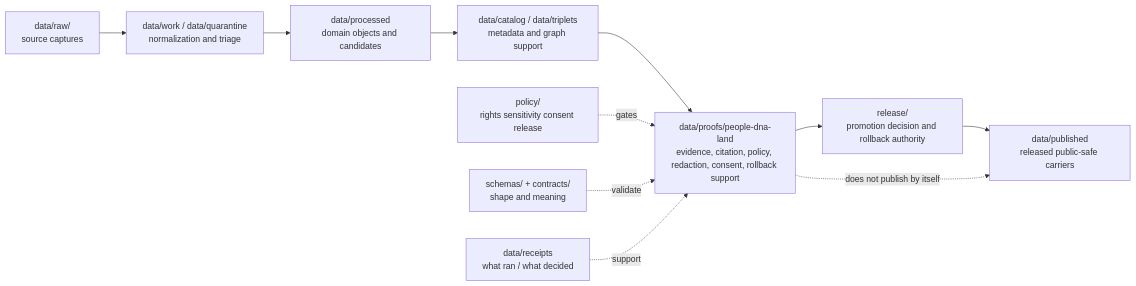
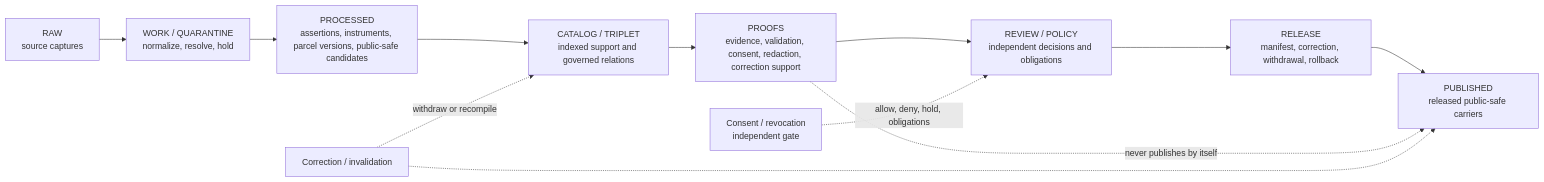
The diagram in data/proofs/people-dna-land/README.md (bartytime4life/Kansas-Frontier-Matrix), drawn with Mermaid before and after one commit. The commit also changed other lines of this file, not shown here.

Commit message:
docs(proofs): modernize People DNA Land proof README

````diff
--- a/data/proofs/people-dna-land/README.md
+++ b/data/proofs/people-dna-land/README.md
@@ -225,15 +299,15 @@
 ```mermaid
 flowchart LR
-  RAW["data/raw/<br/>source captures"] --> WORK["data/work / data/quarantine<br/>normalization and triage"]
-  WORK --> PROC["data/processed<br/>domain objects and candidates"]
-  PROC --> CAT["data/catalog / data/triplets<br/>metadata and graph support"]
-  CAT --> PROOF["data/proofs/people-dna-land<br/>evidence, citation, policy, redaction, consent, rollback support"]
-  PROOF --> RELEASE["release/<br/>promotion decision and rollback authority"]
-  RELEASE --> PUB["data/published<br/>released public-safe carriers"]
+  RAW["RAW<br/>source captures"] --> WORK["WORK / QUARANTINE<br/>normalize, resolve, hold"]
+  WORK --> PROC["PROCESSED<br/>assertions, instruments, parcel versions, public-safe candidates"]
+  PROC --> CAT["CATALOG / TRIPLET<br/>indexed support and governed relations"]
+  CAT --> PROOF["PROOFS<br/>evidence, validation, consent, redaction, correction support"]
+  PROOF --> REVIEW["REVIEW / POLICY<br/>independent decisions and obligations"]
+  REVIEW --> REL["RELEASE<br/>manifest, correction, withdrawal, rollback"]
+  REL --> PUB["PUBLISHED<br/>released public-safe carriers"]
 
-  POLICY["policy/<br/>rights sensitivity consent release"] -. gates .-> PROOF
-  SCHEMA["schemas/ + contracts/<br/>shape and meaning"] -. validate .-> PROOF
-  RECEIPTS["data/receipts<br/>what ran / what decided"] -. support .-> PROOF
-
-  PROOF -. "does not publish by itself" .-> PUB
+  PROOF -. "never publishes by itself" .-> PUB
+  CONSENT["Consent / revocation<br/>independent gate"] -. "allow, deny, hold, obligations" .-> REVIEW
+  CORR["Correction / invalidation"] -. "withdraw or recompile" .-> CAT
+  CORR -.-> PUB
 ```
````
